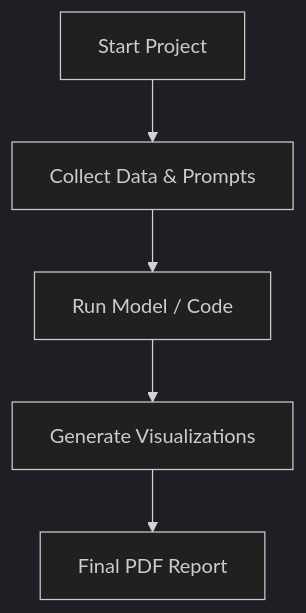
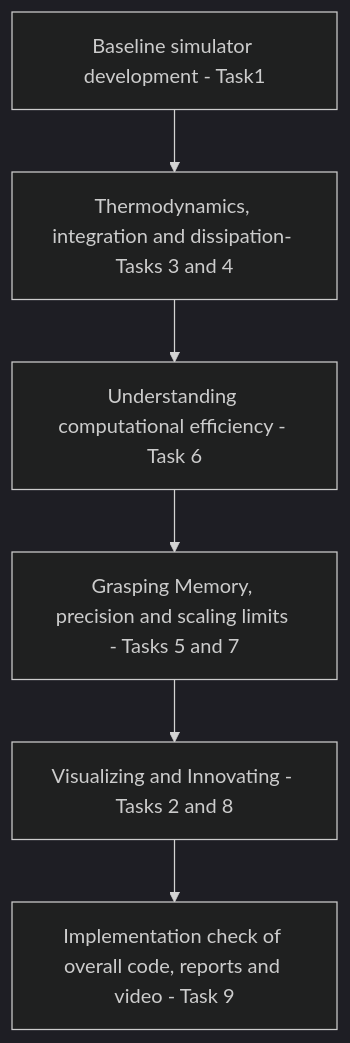
Before and after one commit to Sridatt-Sathyanarayanan/My_FOSC_Project: the diagram in README.md, drawn with Mermaid (dark theme).

Commit message:
Updated project flowchart in README

````diff
--- a/README.md
+++ b/README.md
@@ -2,7 +2,8 @@
 ```mermaid
 graph TD
-    A[Start Project] --> B[Collect Data & Prompts]
-    B --> C[Run Model / Code]
-    C --> D[Generate Visualizations]
-    D --> E[Final PDF Report]
+    A[Baseline simulator development - Task1] --> B[Thermodynamics, integration and dissipation- Tasks 3 and 4]
+    B --> C[Understanding computational efficiency - Task 6]
+    C --> D[Grasping Memory, precision and scaling limits - Tasks 5 and 7]
+    D --> E[Visualizing and Innovating - Tasks 2 and 8]
+    E --> F[Implementation check of overall code, reports and video - Task 9]
 ```
````
